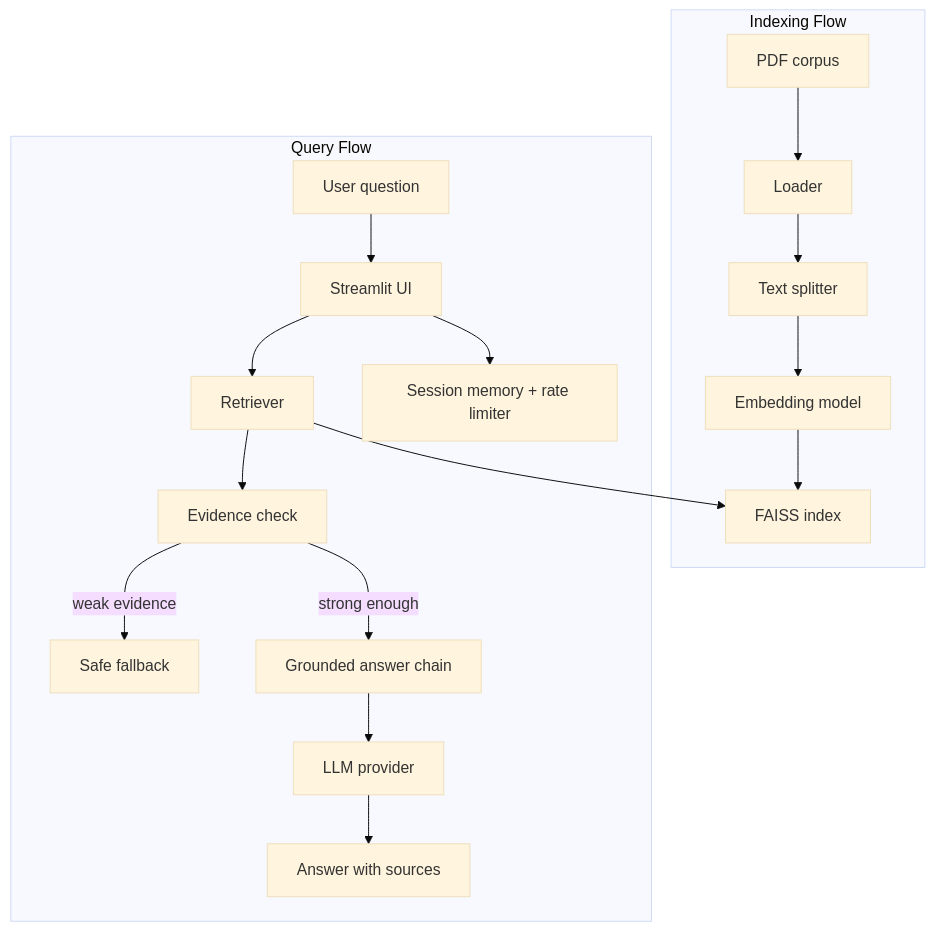
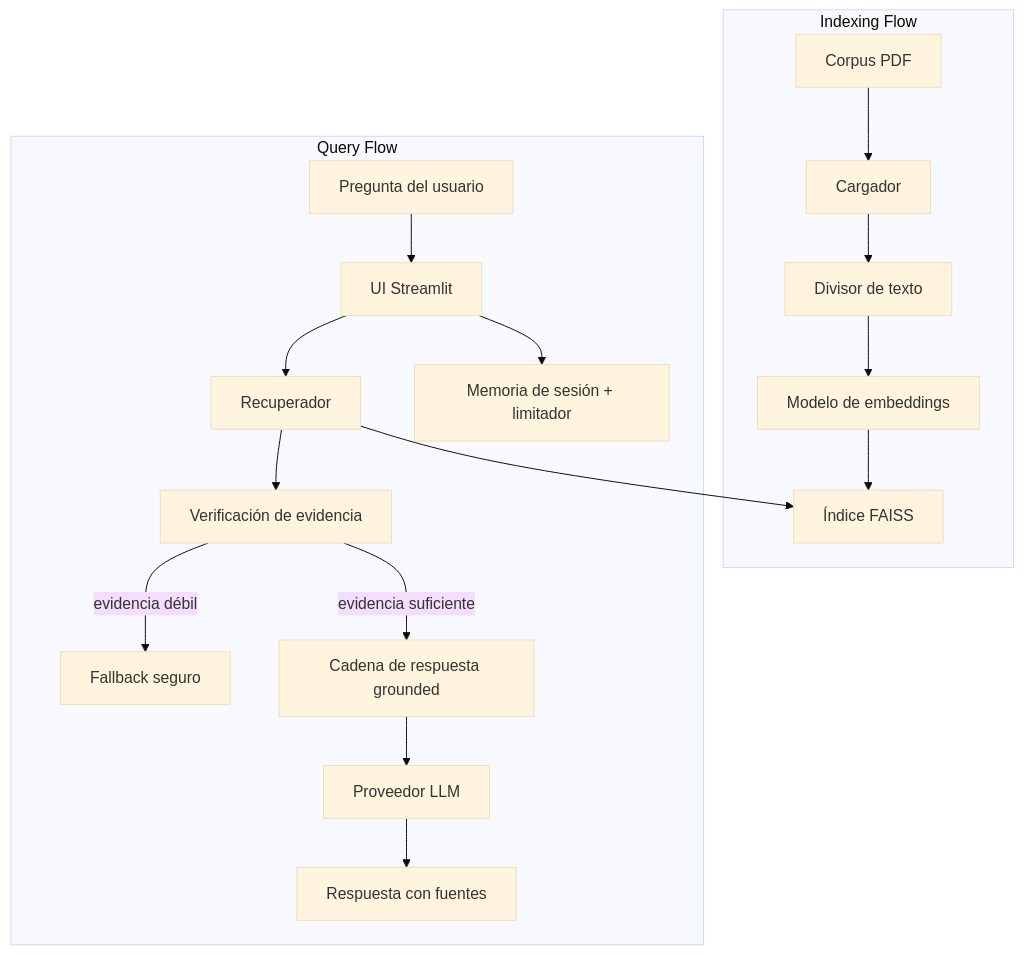
Before and after one commit to Alfpp1998/dmc-tp2-chatbot: the diagram in README.md, drawn with Mermaid (base theme). The commit also changed other lines of this file, not shown here.

````diff
--- a/README.md
+++ b/README.md
@@ -21,21 +23,21 @@
 ```mermaid
 flowchart TD
     subgraph Indexing[Indexing Flow]
-        A[PDF corpus] --> B[Loader]
-        B --> C[Text splitter]
-        C --> D[Embedding model]
-        D --> E[FAISS index]
+        A[Corpus PDF] --> B[Cargador]
+        B --> C[Divisor de texto]
+        C --> D[Modelo de embeddings]
+        D --> E[Índice FAISS]
     end
 
     subgraph Query[Query Flow]
-        F[User question] --> G[Streamlit UI]
-        G --> H[Retriever]
+        F[Pregunta del usuario] --> G[UI Streamlit]
+        G --> H[Recuperador]
         H --> E
-        G --> R[Session memory + rate limiter]
-        H --> I[Evidence check]
-        I -->|weak evidence| J[Safe fallback]
-        I -->|strong enough| K[Grounded answer chain]
-        K --> L[LLM provider]
-        L --> M[Answer with sources]
+        G --> R[Memoria de sesión + limitador]
+        H --> I[Verificación de evidencia]
+        I -->|evidencia débil| J[Fallback seguro]
+        I -->|evidencia suficiente| K[Cadena de respuesta grounded]
+        K --> L[Proveedor LLM]
+        L --> M[Respuesta con fuentes]
     end
 ```
````
